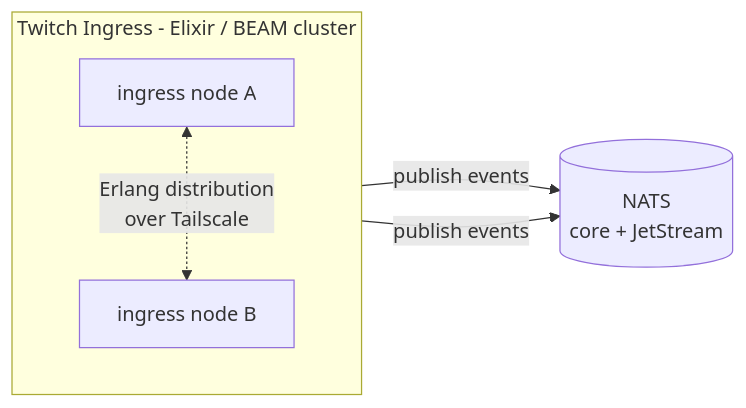
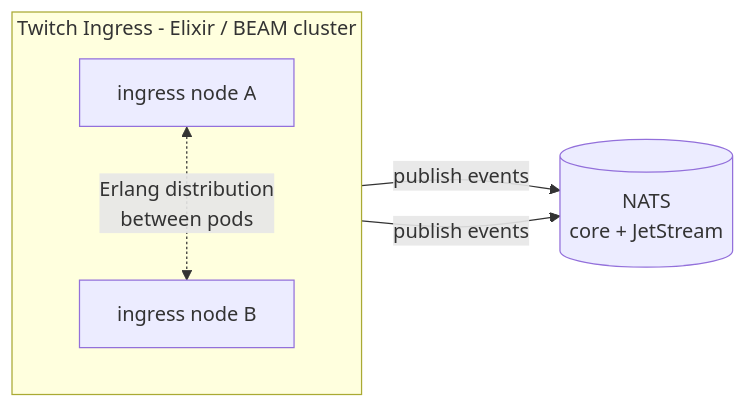
One commit to AdamOusmer/ItsBagelBot changed the first of 2 diagrams in web/docs/src/content/docs/fr/microservices/twitch-ingress.md. Above: the diagram before and after it, drawn with Mermaid. The commit also changed other lines of this file and 97 other files, not shown here.

````diff
--- a/web/docs/src/content/docs/fr/microservices/twitch-ingress.md
+++ b/web/docs/src/content/docs/fr/microservices/twitch-ingress.md
@@ -25,14 +25,14 @@
 ```mermaid
 flowchart LR
     subgraph Ingress [Twitch Ingress - Elixir / BEAM cluster]
         direction TB
         N1[ingress node A]
         N2[ingress node B]
-        N1 <-. Erlang distribution<br/>over Tailscale .-> N2
+        N1 <-. Erlang distribution<br/>between pods .-> N2
     end
 
     NATS[(NATS<br/>core + JetStream)]
 
     N1 -- publish events --> NATS
     N2 -- publish events --> NATS
 ```
````
